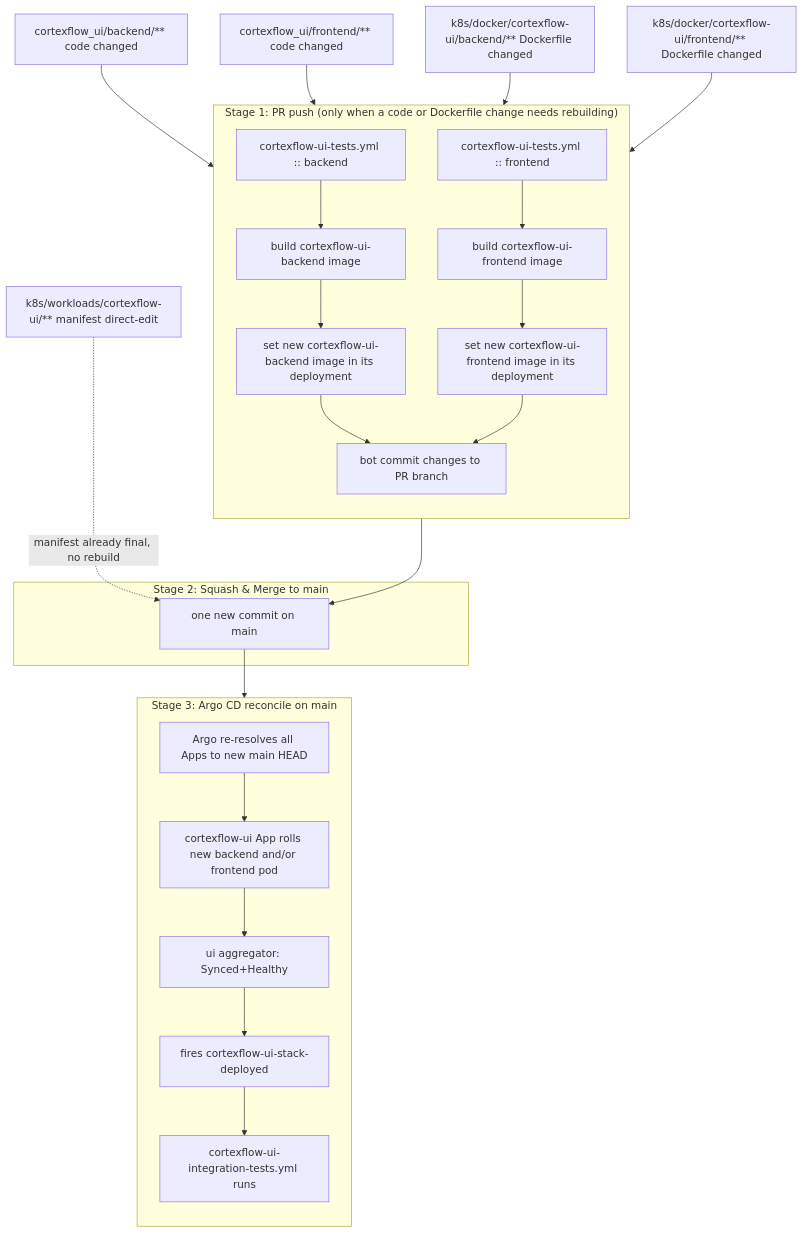
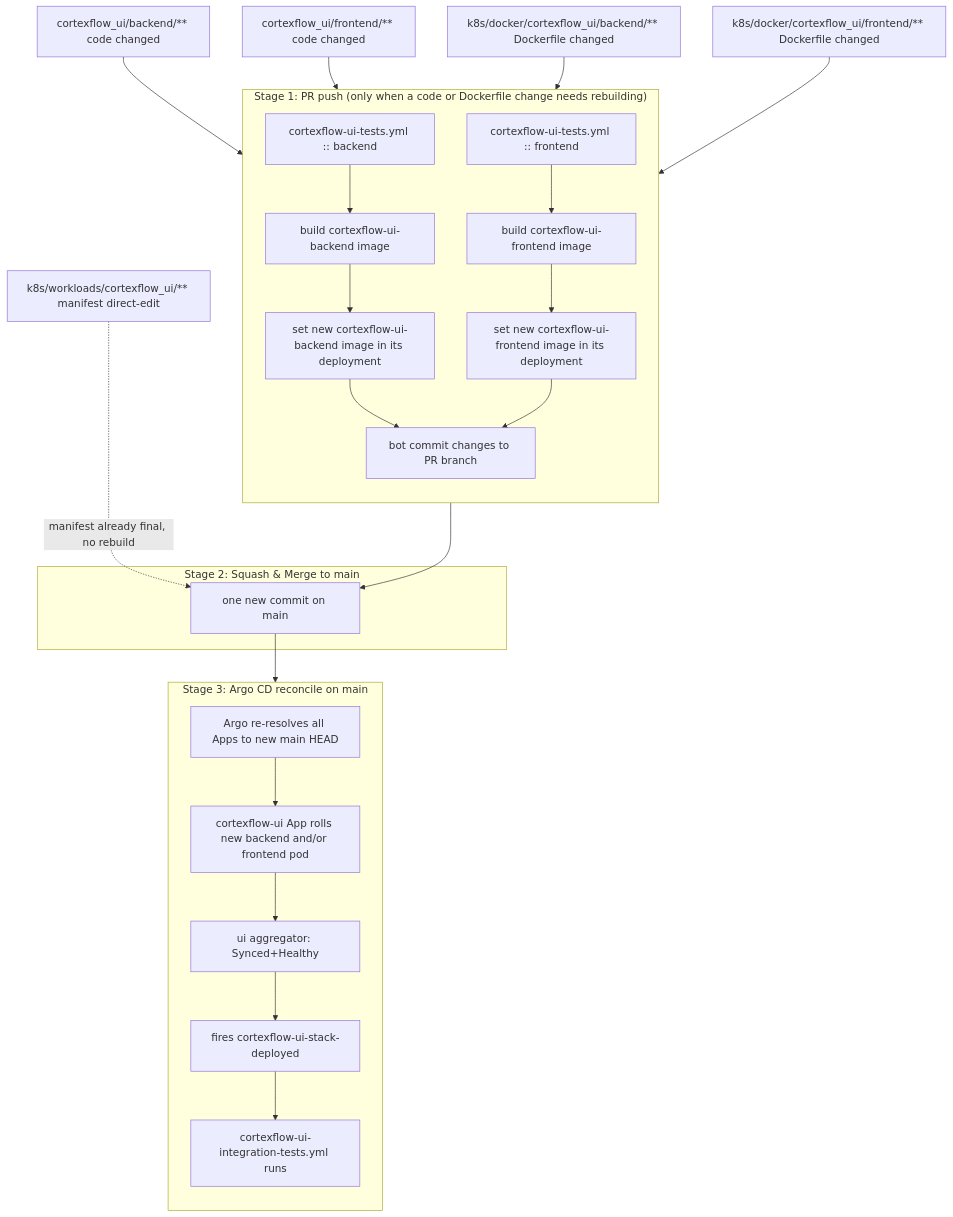
The second of 8 diagrams in docs/k8s/cicd.md (robodatalab/cortexgrid), drawn with Mermaid before and after one commit. The commit also changed other lines of this file and 42 other files, not shown here.

````diff
--- a/docs/k8s/cicd.md
+++ b/docs/k8s/cicd.md
@@ -103,51 +103,51 @@
 ```mermaid
 flowchart TB
     b["cortexflow_ui/backend/** code changed"]
     f["cortexflow_ui/frontend/** code changed"]
-    db["k8s/docker/cortexflow-ui/backend/** Dockerfile changed"]
-    df["k8s/docker/cortexflow-ui/frontend/** Dockerfile changed"]
-    wl["k8s/workloads/cortexflow-ui/** manifest direct-edit"]
+    db["k8s/docker/cortexflow_ui/backend/** Dockerfile changed"]
+    df["k8s/docker/cortexflow_ui/frontend/** Dockerfile changed"]
+    wl["k8s/workloads/cortexflow_ui/** manifest direct-edit"]
 
     subgraph S1["Stage 1: PR push (only when a code or Dockerfile change needs rebuilding)"]
         direction TB
         T1["cortexflow-ui-tests.yml :: backend"]
         T2["cortexflow-ui-tests.yml :: frontend"]
         B1["build cortexflow-ui-backend image"]
         B2["build cortexflow-ui-frontend image"]
         E1["set new cortexflow-ui-backend image in its deployment"]
         E2["set new cortexflow-ui-frontend image in its deployment"]
         C["bot commit changes to PR branch"]
         T1 --> B1
         T2 --> B2
         B1 --> E1
         B2 --> E2
         E1 --> C
         E2 --> C
     end
 
     b --> T1
     f --> T2
     db --> B1
     df --> B2
 
     subgraph S2["Stage 2: Squash & Merge to main"]
         M["one new commit on main"]
     end
     C --> M
     wl -. manifest already final, no rebuild .-> M
 
     subgraph S3["Stage 3: Argo CD reconcile on main"]
         direction TB
         Sync["Argo re-resolves all Apps to new main HEAD"]
         Roll_ui["cortexflow-ui App rolls new backend and/or frontend pod"]
         Agg_ui["ui aggregator: Synced+Healthy"]
         N_ui["fires cortexflow-ui-stack-deployed"]
         IT_uic["cortexflow-ui-integration-tests.yml runs"]
 
         Sync --> Roll_ui
         Roll_ui --> Agg_ui
         Agg_ui --> N_ui
         N_ui --> IT_uic
     end
     M --> Sync
 ```
````
